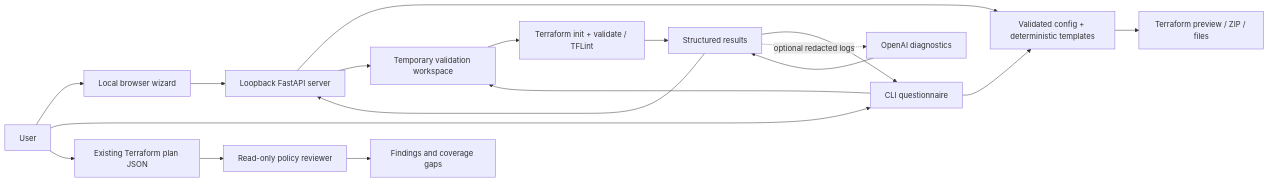
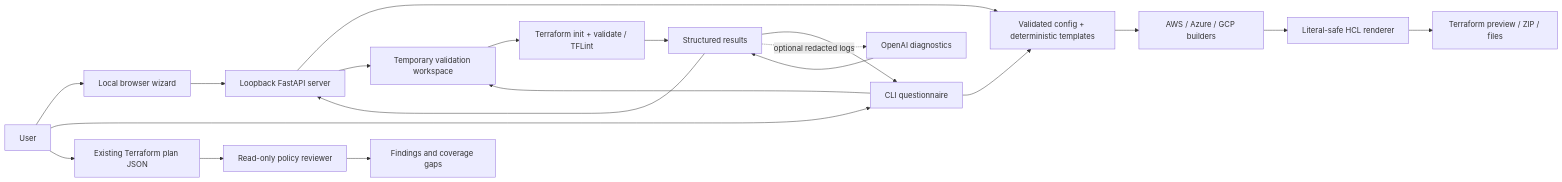
Before and after one commit to chriswayneh/TerraForma-IaC: the diagram in docs/ARCHITECTURE.md, drawn with Mermaid. The commit also changed other lines of this file and 9 other files, not shown here.

Commit message:
Separate cloud builders behind the shared generator facade

````diff
--- a/docs/ARCHITECTURE.md
+++ b/docs/ARCHITECTURE.md
@@ -7,20 +7,22 @@
 ```mermaid
 flowchart LR
     User[User] --> Browser[Local browser wizard]
     User --> CLI[CLI questionnaire]
     Browser --> API[Loopback FastAPI server]
     API --> Generator[Validated config + deterministic templates]
     CLI --> Generator
-    Generator --> Preview[Terraform preview / ZIP / files]
+    Generator --> Providers[AWS / Azure / GCP builders]
+    Providers --> Renderer[Literal-safe HCL renderer]
+    Renderer --> Preview[Terraform preview / ZIP / files]
     API --> Sandbox[Temporary validation workspace]
     CLI --> Sandbox
     Sandbox --> Tools[Terraform init + validate / TFLint]
     Tools --> Results[Structured results]
     Results --> API
     Results --> CLI
     Results -. optional redacted logs .-> AI[OpenAI diagnostics]
     AI --> Results
     User --> Plan[Existing Terraform plan JSON]
     Plan --> Review[Read-only policy reviewer]
     Review --> Report[Findings and coverage gaps]
 ```
````
